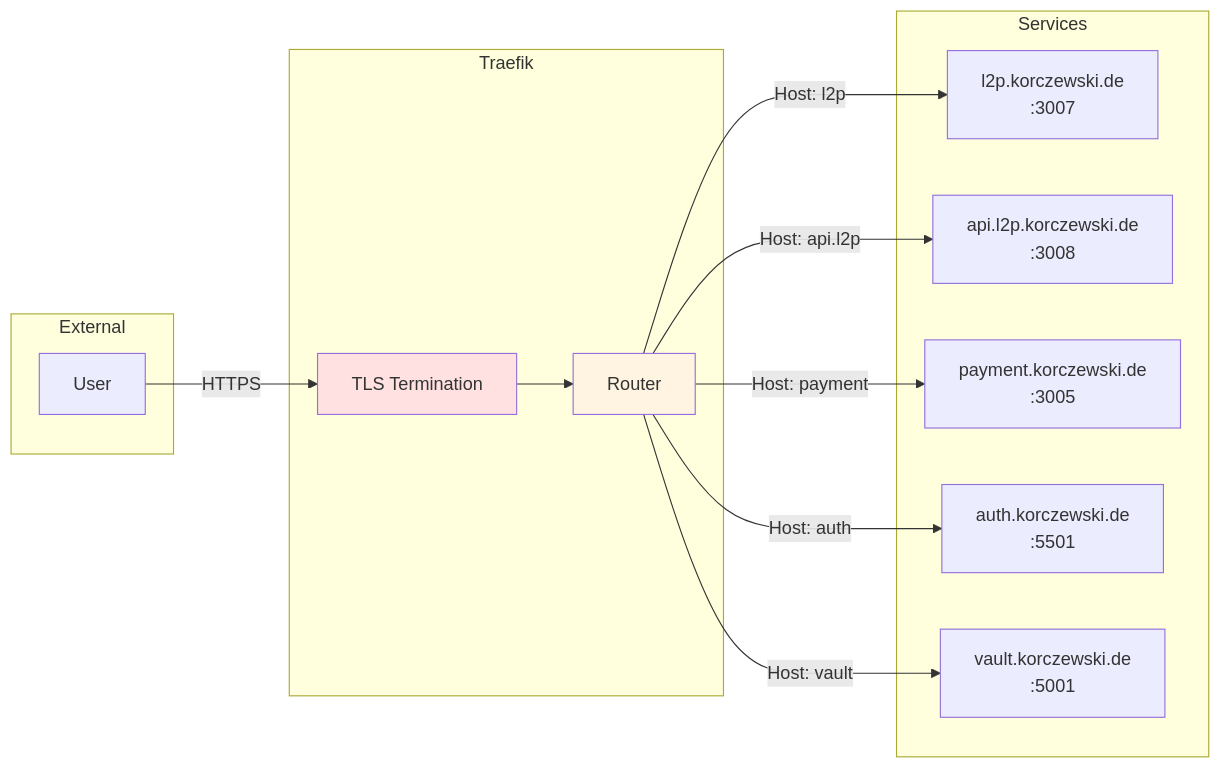
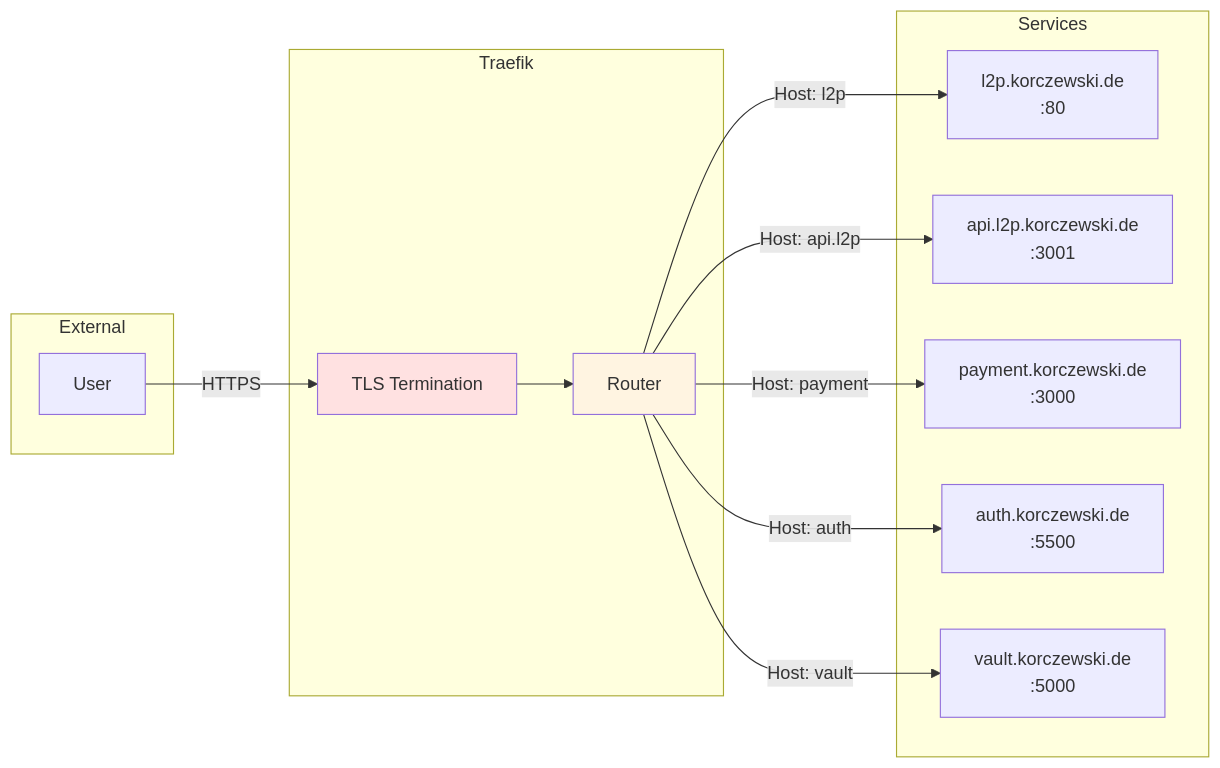
One commit to Paddione/projects changed the fourth of 11 diagrams in Obsidian/Deployment Architecture.md. Above: the diagram before and after it, drawn with Mermaid. The commit also changed other lines of this file and 55 other files, not shown here.

````diff
--- a/Obsidian/Deployment Architecture.md
+++ b/Obsidian/Deployment Architecture.md
@@ -263,31 +265,31 @@
 ```mermaid
 flowchart LR
     subgraph "External"
         User[User]
     end
 
     subgraph "Traefik"
         Router[Router]
         TLS[TLS Termination]
     end
 
     subgraph "Services"
-        L2P[l2p.korczewski.de<br/>:3007]
-        API[api.l2p.korczewski.de<br/>:3008]
-        Payment[payment.korczewski.de<br/>:3005]
-        Auth[auth.korczewski.de<br/>:5501]
-        VV[vault.korczewski.de<br/>:5001]
+        L2P[l2p.korczewski.de<br/>:80]
+        API[api.l2p.korczewski.de<br/>:3001]
+        Payment[payment.korczewski.de<br/>:3000]
+        Auth[auth.korczewski.de<br/>:5500]
+        VV[vault.korczewski.de<br/>:5000]
     end
 
     User -->|HTTPS| TLS
     TLS --> Router
 
     Router -->|Host: l2p| L2P
     Router -->|Host: api.l2p| API
     Router -->|Host: payment| Payment
     Router -->|Host: auth| Auth
     Router -->|Host: vault| VV
 
     style TLS fill:#ffe1e1
     style Router fill:#fff4e1
 ```
````
